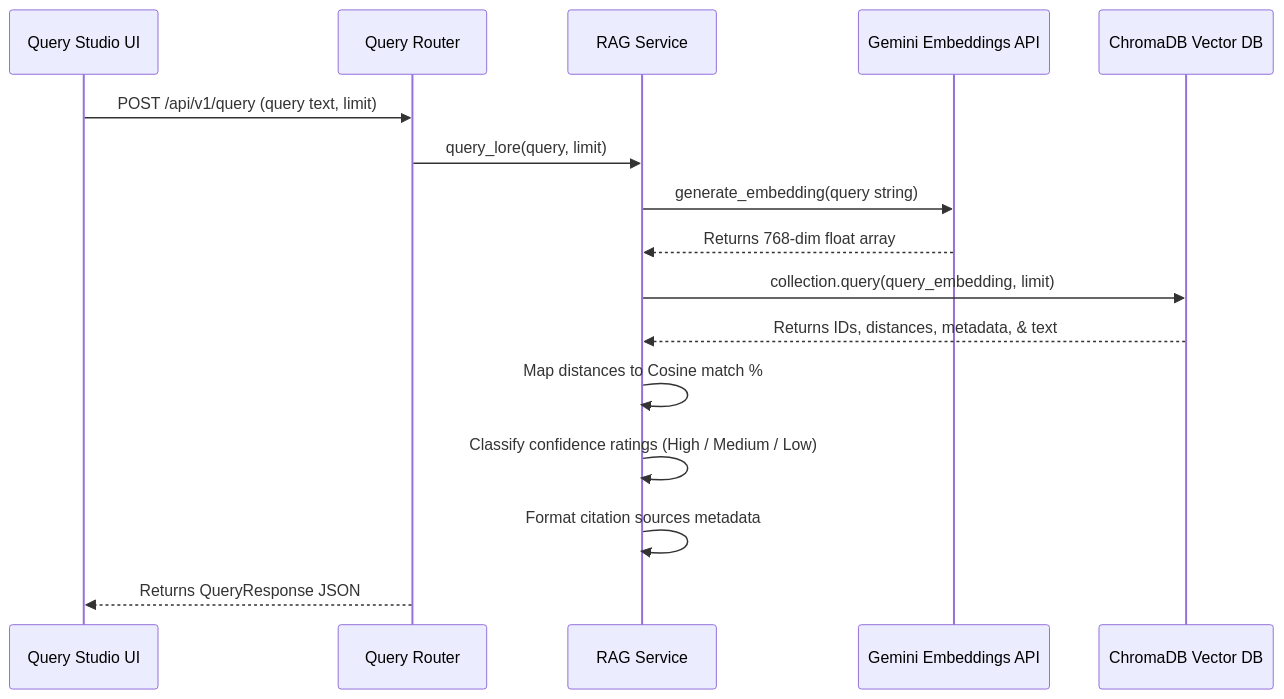
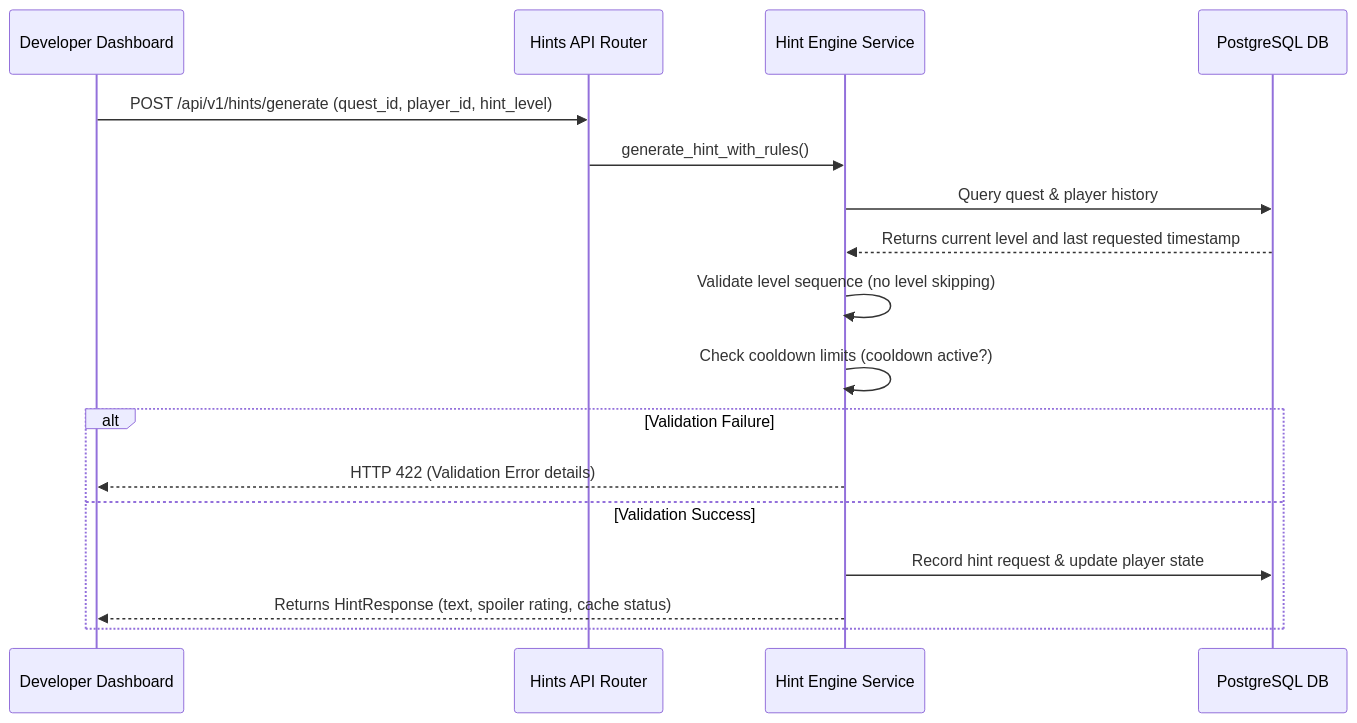
Before and after one commit to Abhinav-0311/GameMind: the second of 2 diagrams in ARCHITECTURE.md, drawn with Mermaid. The commit also changed other lines of this file and 15 other files, not shown here.

````diff
--- a/ARCHITECTURE.md
+++ b/ARCHITECTURE.md
@@ -105,19 +89,20 @@
 ```mermaid
 sequenceDiagram
-    participant User as Query Studio UI
-    participant API as Query Router
-    participant RAG as RAG Service
-    participant Gemini as Gemini Embeddings API
-    participant Chroma as ChromaDB Vector DB
+    participant UI as Developer Dashboard
+    participant API as Hints API Router
+    participant Engine as Hint Engine Service
+    participant PG as PostgreSQL DB
 
-    User->>API: POST /api/v1/query (query text, limit)
-    API->>RAG: query_lore(query, limit)
-    RAG->>Gemini: generate_embedding(query string)
-    Gemini-->>RAG: Returns 768-dim float array
-    RAG->>Chroma: collection.query(query_embedding, limit)
-    Chroma-->>RAG: Returns IDs, distances, metadata, & text
-    RAG->>RAG: Map distances to Cosine match %
-    RAG->>RAG: Classify confidence ratings (High / Medium / Low)
-    RAG->>RAG: Format citation sources metadata
-    API-->>User: Returns QueryResponse JSON
+    UI->>API: POST /api/v1/hints/generate (quest_id, player_id, hint_level)
+    API->>Engine: generate_hint_with_rules()
+    Engine->>PG: Query quest & player history
+    PG-->>Engine: Returns current level and last requested timestamp
+    Engine->>Engine: Validate level sequence (no level skipping)
+    Engine->>Engine: Check cooldown limits (cooldown active?)
+    alt Validation Failure
+        Engine-->>UI: HTTP 422 (Validation Error details)
+    else Validation Success
+        Engine->>PG: Record hint request & update player state
+        Engine-->>UI: Returns HintResponse (text, spoiler rating, cache status)
+    end
 ```
````
